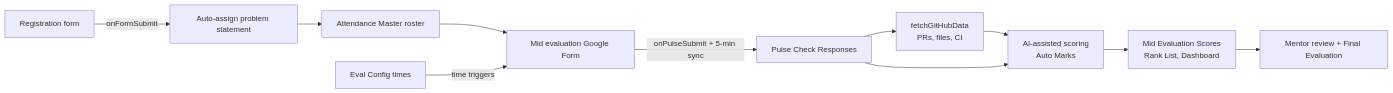
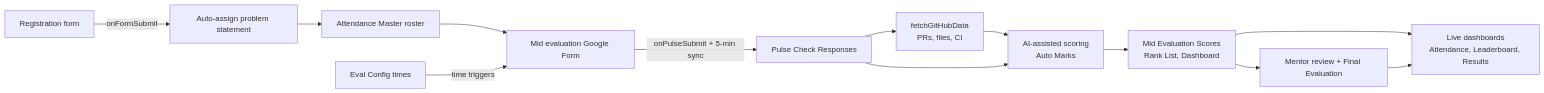
One commit to A4abhishe/open-source-evaluation-automation changed the diagram in README.md. Above: the diagram before and after it, drawn with Mermaid. The commit also changed other lines of this file, not shown here.

Commit message:
Add Live dashboards section to README

````diff
--- a/README.md
+++ b/README.md
@@ -27,13 +28,15 @@
 ```mermaid
 flowchart LR
     R[Registration form] -->|onFormSubmit| A[Auto-assign problem statement]
     A --> M[Attendance Master roster]
     M --> F[Mid evaluation Google Form]
     C[Eval Config times] -->|time triggers| F
     F -->|onPulseSubmit + 5-min sync| P[Pulse Check Responses]
     P --> G[fetchGitHubData<br/>PRs, files, CI]
     G --> S[AI-assisted scoring<br/>Auto Marks]
     P --> S
     S --> D[Mid Evaluation Scores<br/>Rank List, Dashboard]
     D --> X[Mentor review + Final Evaluation]
+    D --> V[Live dashboards<br/>Attendance, Leaderboard, Results]
+    X --> V
 ```
````
